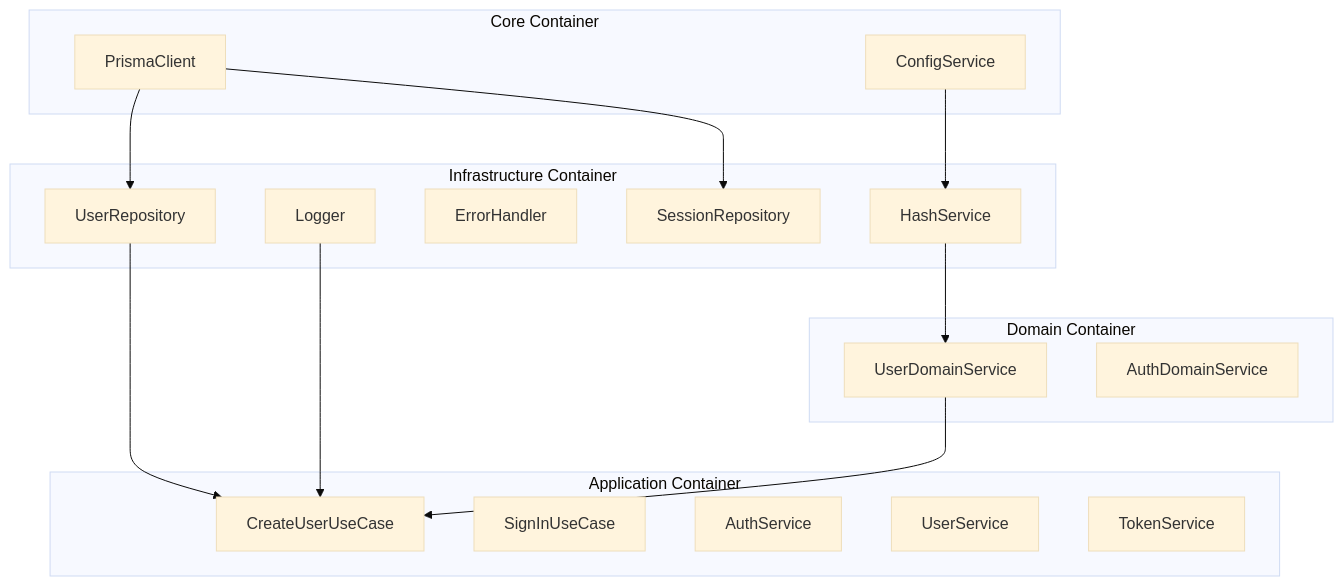
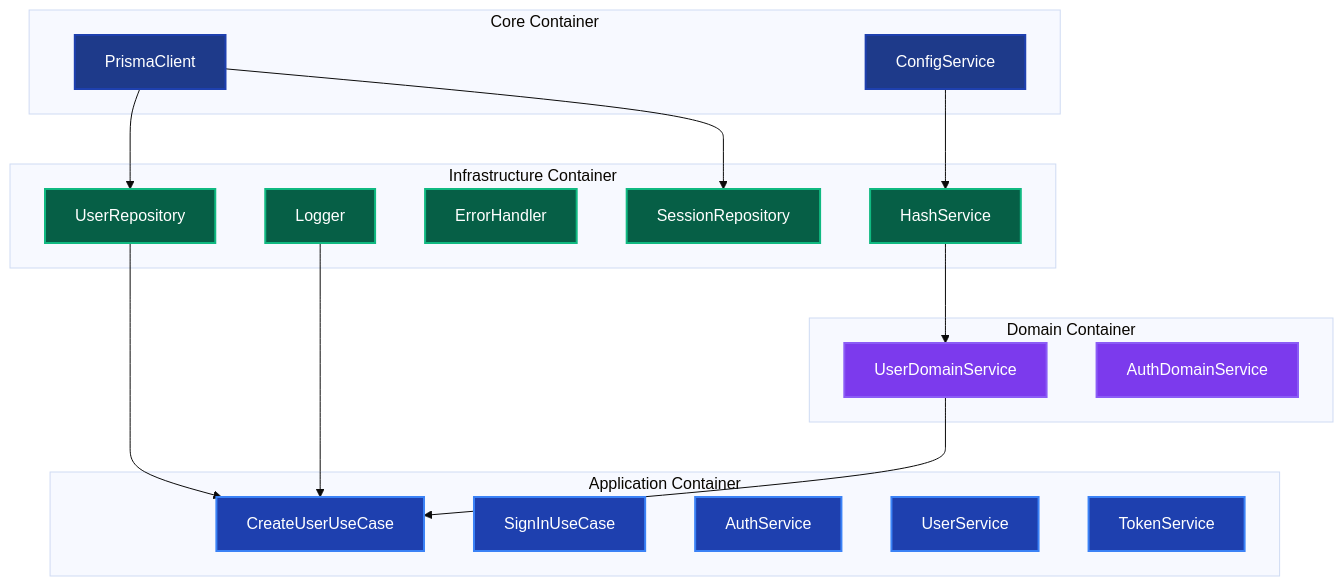
Before and after one commit to derushio/d-next-ddd-example: the diagram in _DOCS/dependency-injection.md, drawn with Mermaid (base theme). The commit also changed 31 other files, not shown here.

Commit message:
🎨: DOCSのMermaid図表カラーテーマを暗色に統一し視認性を向上

````diff
--- a/_DOCS/dependency-injection.md
+++ b/_DOCS/dependency-injection.md
@@ -252,36 +252,46 @@
 ```mermaid
 graph TB
     subgraph "Core Container"
         A1[PrismaClient]
         A2[ConfigService]
     end
     
     subgraph "Infrastructure Container"
         B1[HashService]
         B2[Logger]
         B3[ErrorHandler]
         B4[UserRepository]
         B5[SessionRepository]
     end
     
     subgraph "Domain Container"
         C1[UserDomainService]
         C2[AuthDomainService]
     end
     
     subgraph "Application Container"
         D1[CreateUserUseCase]
         D2[SignInUseCase]
         D3[AuthService]
         D4[UserService]
         D5[TokenService]
     end
     
     A1 --> B4
     A1 --> B5
     A2 --> B1
     B1 --> C1
     B2 --> D1
     B4 --> D1
     C1 --> D1
+    
+    classDef coreStyle fill:#1e3a8a,stroke:#1e40af,stroke-width:2px,color:#ffffff
+    classDef infraStyle fill:#065f46,stroke:#10b981,stroke-width:2px,color:#ffffff
+    classDef domainStyle fill:#7c3aed,stroke:#8b5cf6,stroke-width:2px,color:#ffffff
+    classDef appStyle fill:#1e40af,stroke:#3b82f6,stroke-width:2px,color:#ffffff
+    
+    class A1,A2 coreStyle
+    class B1,B2,B3,B4,B5 infraStyle
+    class C1,C2 domainStyle
+    class D1,D2,D3,D4,D5 appStyle
 ```
````
